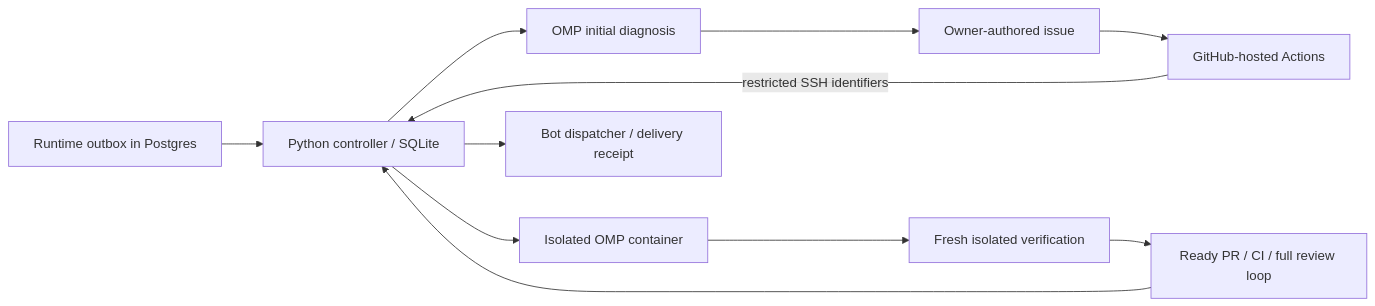
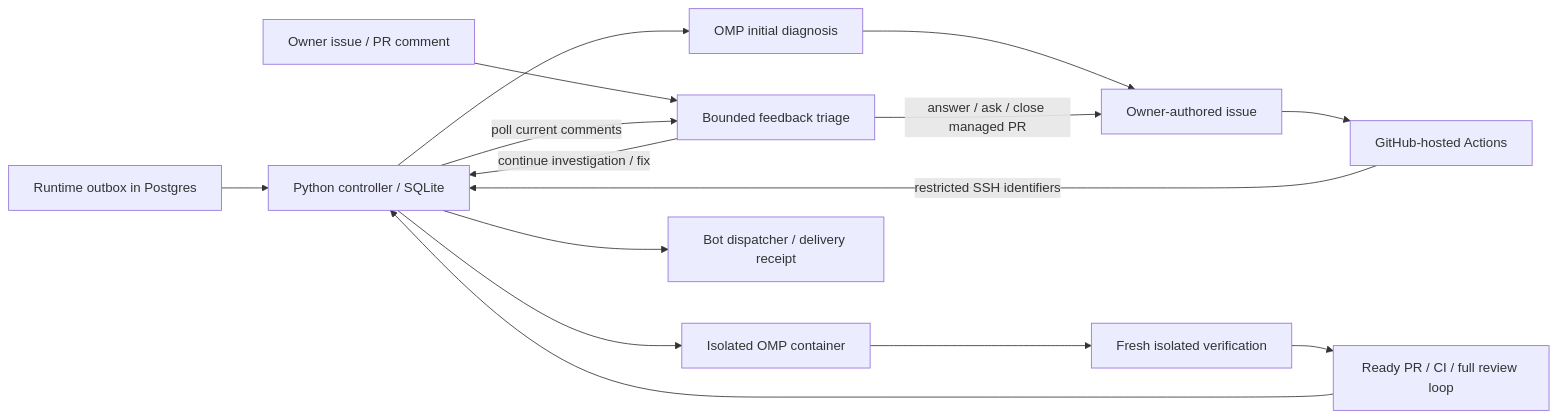
Before and after one commit to iamwavecut/openplotva: the diagram in deploy/maintenance/README.md, drawn with Mermaid. The commit also changed other lines of this file and 12 other files, not shown here.

Commit message:
Handle owner feedback in durable incident triage

````diff
--- a/deploy/maintenance/README.md
+++ b/deploy/maintenance/README.md
@@ -14,13 +14,17 @@
 ```mermaid
 flowchart LR
   Runtime[Runtime outbox in Postgres] --> Controller[Python controller / SQLite]
   Controller --> Diagnosis[OMP initial diagnosis]
   Diagnosis --> GitHub[Owner-authored issue]
   GitHub --> Actions[GitHub-hosted Actions]
   Actions -->|restricted SSH identifiers| Controller
   Controller --> Worker[Isolated OMP container]
   Worker --> Checks[Fresh isolated verification]
   Checks --> PR[Ready PR / CI / full review loop]
   PR --> Controller
+  Owner[Owner issue / PR comment] --> Conversation[Bounded feedback triage]
+  Controller -->|poll current comments| Conversation
+  Conversation -->|continue investigation / fix| Controller
+  Conversation -->|answer / ask / close managed PR| GitHub
   Controller --> Dispatcher[Bot dispatcher / delivery receipt]
 ```
````
